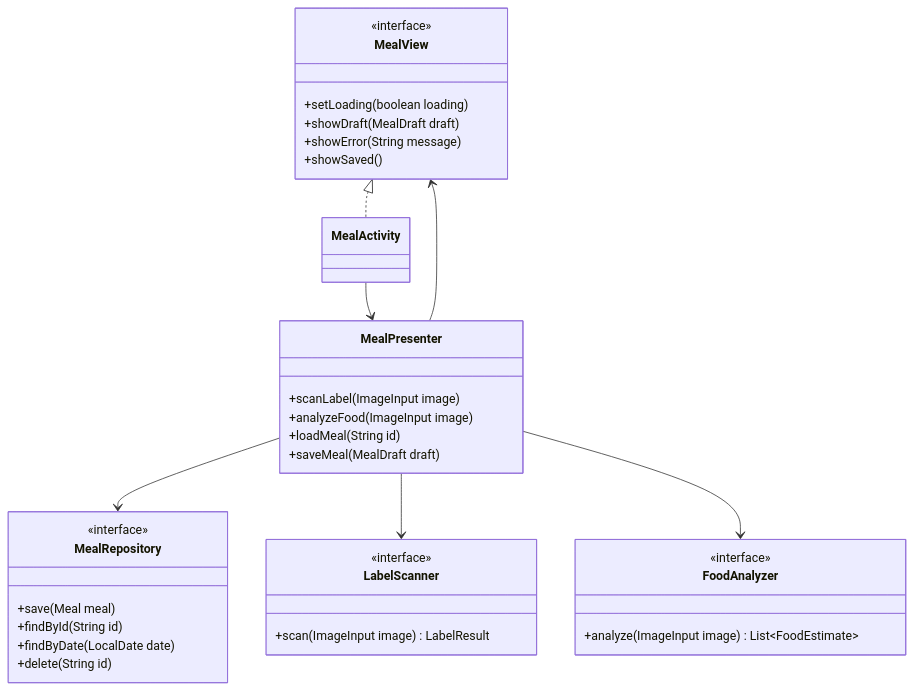
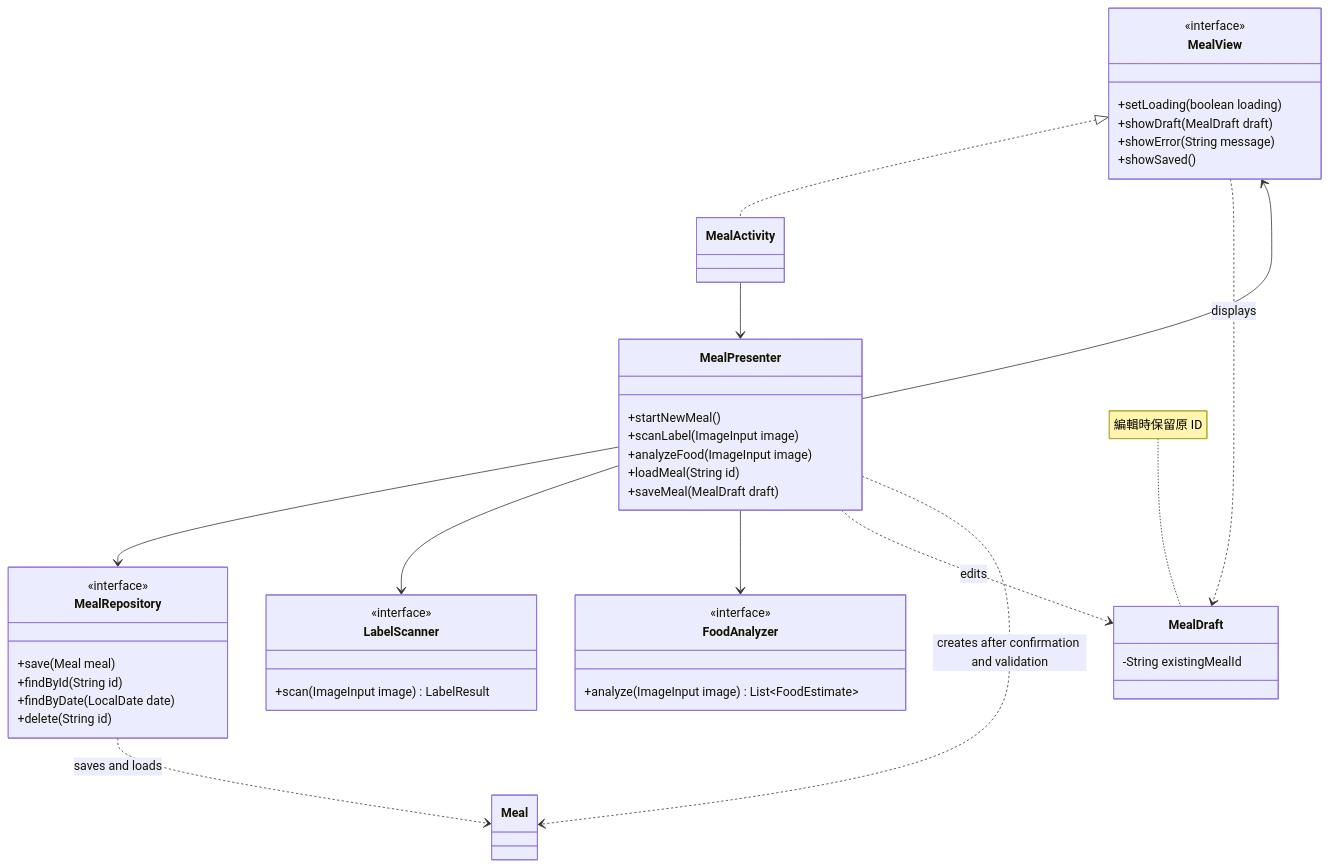
Before and after one commit to chuanmin0317/food-ledger: the first of 5 diagrams in README.md, drawn with Mermaid. The commit also changed other lines of this file, not shown here.

````diff
--- a/README.md
+++ b/README.md
@@ -104,39 +106,49 @@
 ```mermaid
 classDiagram
 direction TB
 class MealView {
     <<interface>>
     +setLoading(boolean loading)
     +showDraft(MealDraft draft)
     +showError(String message)
     +showSaved()
 }
 class MealActivity
 class MealPresenter {
+    +startNewMeal()
     +scanLabel(ImageInput image)
     +analyzeFood(ImageInput image)
     +loadMeal(String id)
     +saveMeal(MealDraft draft)
 }
 class MealRepository {
     <<interface>>
     +save(Meal meal)
     +findById(String id)
     +findByDate(LocalDate date)
     +delete(String id)
 }
 class LabelScanner {
     <<interface>>
     +scan(ImageInput image) LabelResult
 }
 class FoodAnalyzer {
     <<interface>>
     +analyze(ImageInput image) List~FoodEstimate~
 }
+class MealDraft {
+    -String existingMealId
+}
+class Meal
+note for MealDraft "編輯時保留原 ID"
 MealView <|.. MealActivity
 MealActivity --> MealPresenter
 MealPresenter --> MealView
 MealPresenter --> MealRepository
 MealPresenter --> LabelScanner
 MealPresenter --> FoodAnalyzer
+MealView ..> MealDraft : displays
+MealPresenter ..> MealDraft : edits
+MealPresenter ..> Meal : creates after confirmation and validation
+MealRepository ..> Meal : saves and loads
 ```
````
